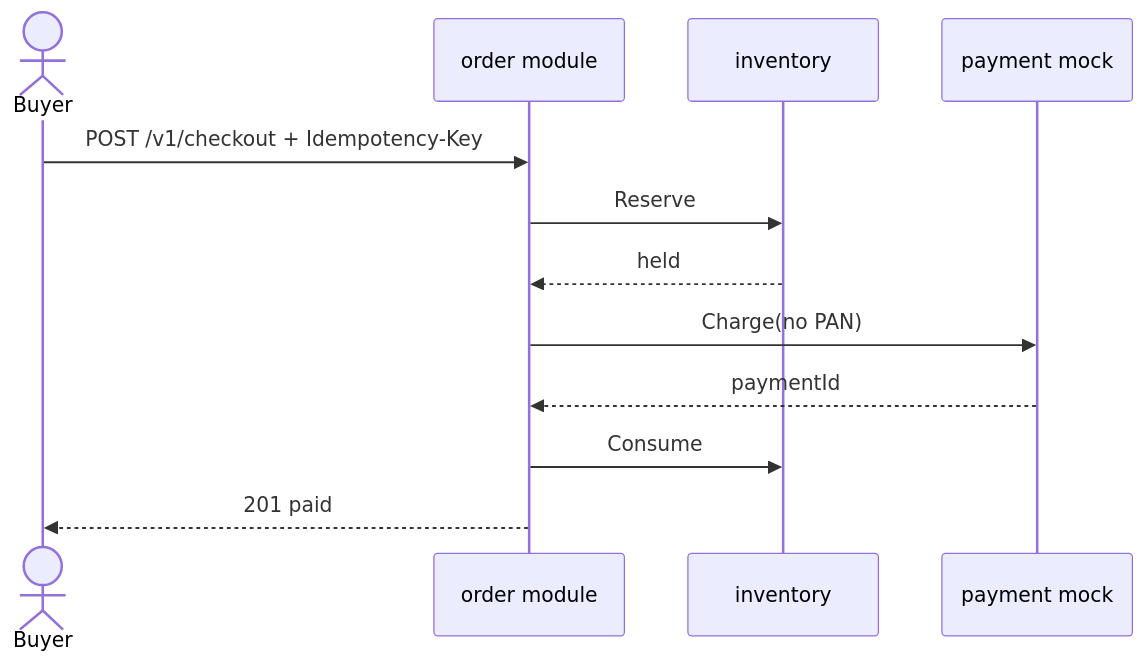
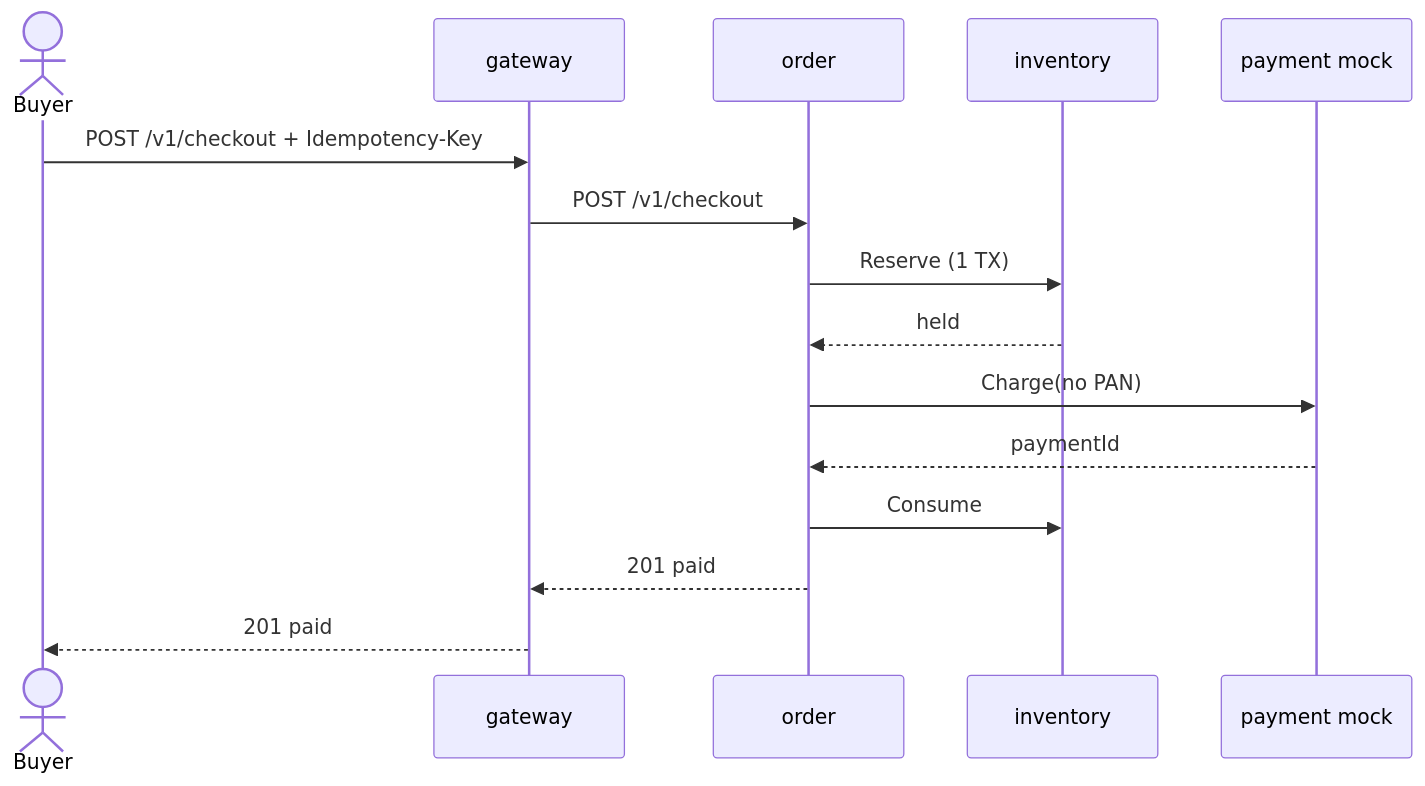
One commit to maeplego/portfolio-plan changed the third of 6 diagrams in portfolio-plan/commerce-platform/docs/06-diagrams.md. Above: the diagram before and after it, drawn with Mermaid. The commit also changed other lines of this file and 8 other files, not shown here.

````diff
--- a/portfolio-plan/commerce-platform/docs/06-diagrams.md
+++ b/portfolio-plan/commerce-platform/docs/06-diagrams.md
@@ -51,14 +51,17 @@
 ```mermaid
 sequenceDiagram
   actor Buyer
-  participant API as order module
+  participant GW as gateway
+  participant Ord as order
   participant Inv as inventory
   participant Pay as payment mock
-  Buyer->>API: POST /v1/checkout + Idempotency-Key
-  API->>Inv: Reserve
-  Inv-->>API: held
-  API->>Pay: Charge(no PAN)
-  Pay-->>API: paymentId
-  API->>Inv: Consume
-  API-->>Buyer: 201 paid
+  Buyer->>GW: POST /v1/checkout + Idempotency-Key
+  GW->>Ord: POST /v1/checkout
+  Ord->>Inv: Reserve (1 TX)
+  Inv-->>Ord: held
+  Ord->>Pay: Charge(no PAN)
+  Pay-->>Ord: paymentId
+  Ord->>Inv: Consume
+  Ord-->>GW: 201 paid
+  GW-->>Buyer: 201 paid
 ```
````
